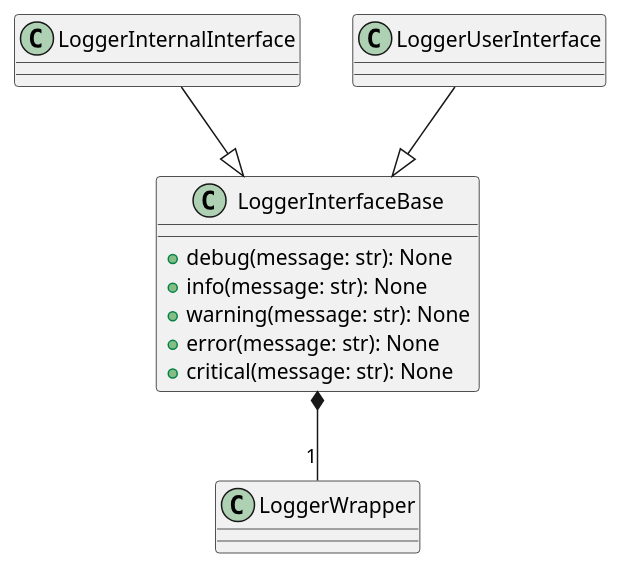
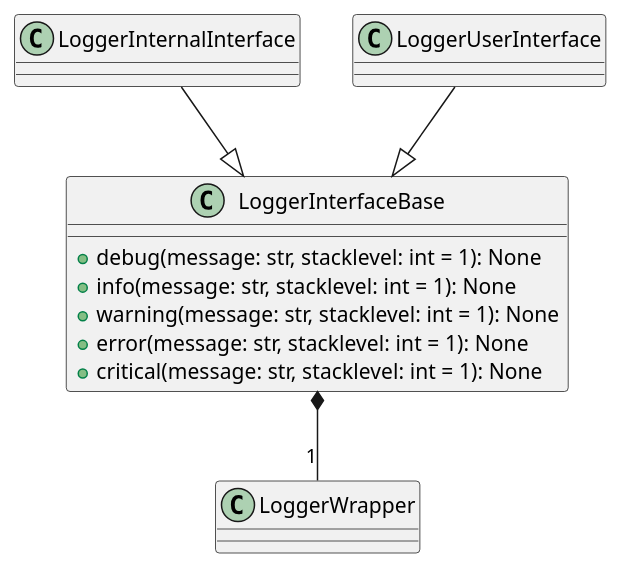
Before and after one commit to openhive-network/test-tools: the first of 2 diagrams in package/test_tools/__private/logger/readme.md, drawn with PlantUML. The commit also changed other lines of this file and 1 other file, not shown here.

Commit message:
Add `stacklevel` parameter to logger handle
When user perfoms logging in his helper function, he might want to log file
name and line number from caller of the helper function instead of location
of a line where this log is registered. It can be achieved by increasing
the stack level.

````diff
--- a/package/test_tools/__private/logger/readme.md
+++ b/package/test_tools/__private/logger/readme.md
@@ -4,18 +4,18 @@
 ```plantuml
 @startuml
     class "LoggerWrapper" as wrapper
     class "LoggerInterfaceBase" as base {
-        + debug(message: str): None
-        + info(message: str): None
-        + warning(message: str): None
-        + error(message: str): None
-        + critical(message: str): None
+        + debug(message: str, stacklevel: int = 1): None
+        + info(message: str, stacklevel: int = 1): None
+        + warning(message: str, stacklevel: int = 1): None
+        + error(message: str, stacklevel: int = 1): None
+        + critical(message: str, stacklevel: int = 1): None
     }
     class "LoggerInternalInterface" as internal_handle
     class "LoggerUserInterface" as user_handle
 
     internal_handle --|> base
     user_handle --|> base
     base *-- "1" wrapper
 @enduml
 ```
````
